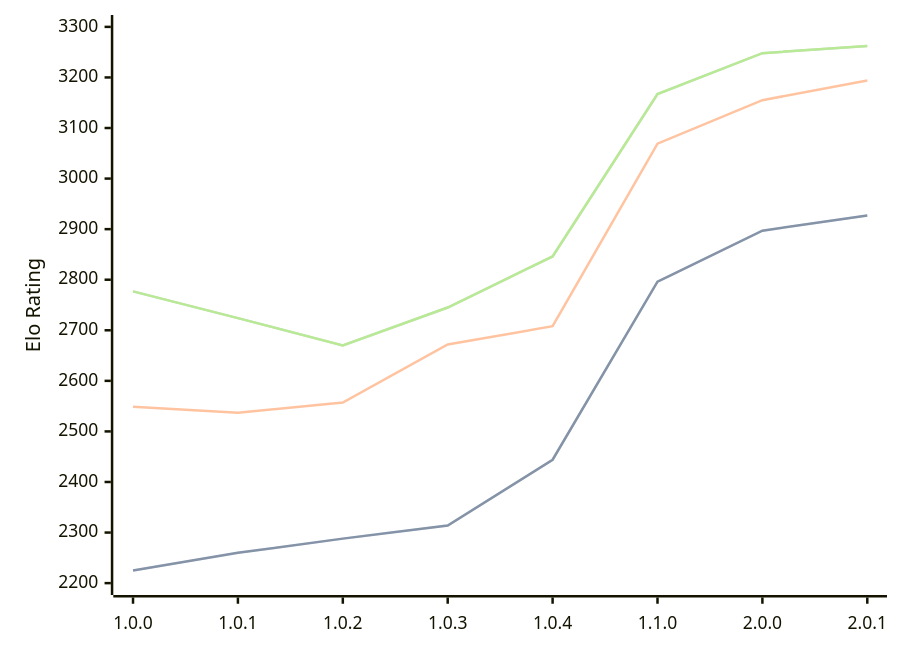
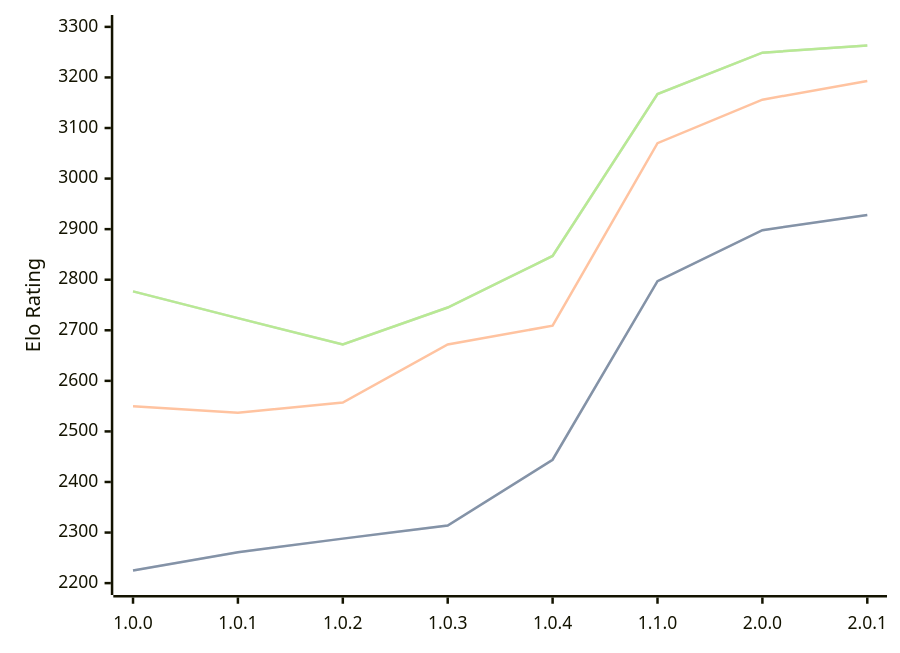
The diagram in engines/Grail.md (computer-chess-index/cci), drawn with Mermaid before and after one commit. The commit also changed other lines of this file, not shown here.

Commit message:
Update CCI Ratings (ELO VLTC) - 2026-07-25

````diff
--- a/engines/Grail.md
+++ b/engines/Grail.md
@@ -38,11 +38,11 @@
 ```mermaid
 %%{init: {"theme":"base","themeVariables":{"seriesColors:['#a3a3a3','#222221','#faa371']}}}%%
 xychart-beta
   x-axis ["1.0.0", "1.0.1", "1.0.2", "1.0.3", "1.0.4", "1.1.0", "2.0.0", "2.0.1"]
   y-axis "Elo Rating" 2200 --> 3300
-  line "STC (8.0+0.08s)" [2225, 2260, 2288, 2314, 2444, 2796, 2897, 2927]
-  line "STC (8.0+0.08s)" [2225, 2260, 2288, 2314, 2444, 2796, 2897, 2927]
-  line "LTC (60.0+0.60s)" [2549, 2537, 2557, 2672, 2708, 3069, 3155, 3194]
-  line "VLTC (2m24s+1.12s)" [2777, 2724, 2670, 2745, 2846, 3167, 3248, 3262]
-  line "VLTC (2m24s+1.12s)" [2777, 2724, 2670, 2745, 2846, 3167, 3248, 3262]
+  line "STC (8.0+0.08s)" [2225, 2261, 2288, 2314, 2444, 2797, 2898, 2928]
+  line "STC (8.0+0.08s)" [2225, 2261, 2288, 2314, 2444, 2797, 2898, 2928]
+  line "LTC (60.0+0.60s)" [2550, 2537, 2557, 2672, 2709, 3070, 3156, 3193]
+  line "VLTC (2m24s+1.12s)" [2777, 2724, 2672, 2745, 2847, 3167, 3249, 3263]
+  line "VLTC (2m24s+1.12s)" [2777, 2724, 2672, 2745, 2847, 3167, 3249, 3263]
 ```
````
